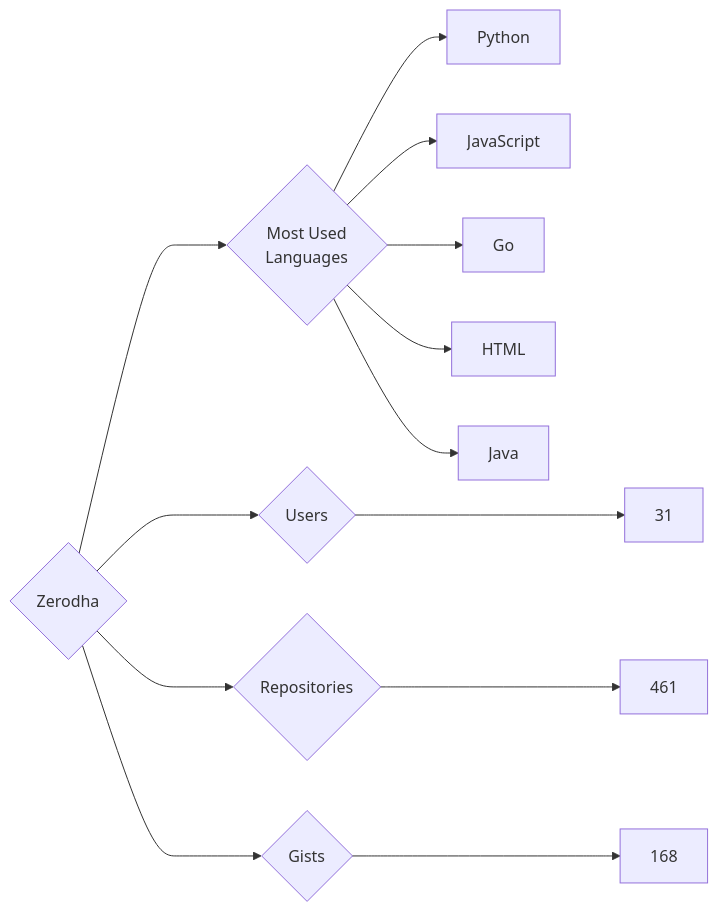
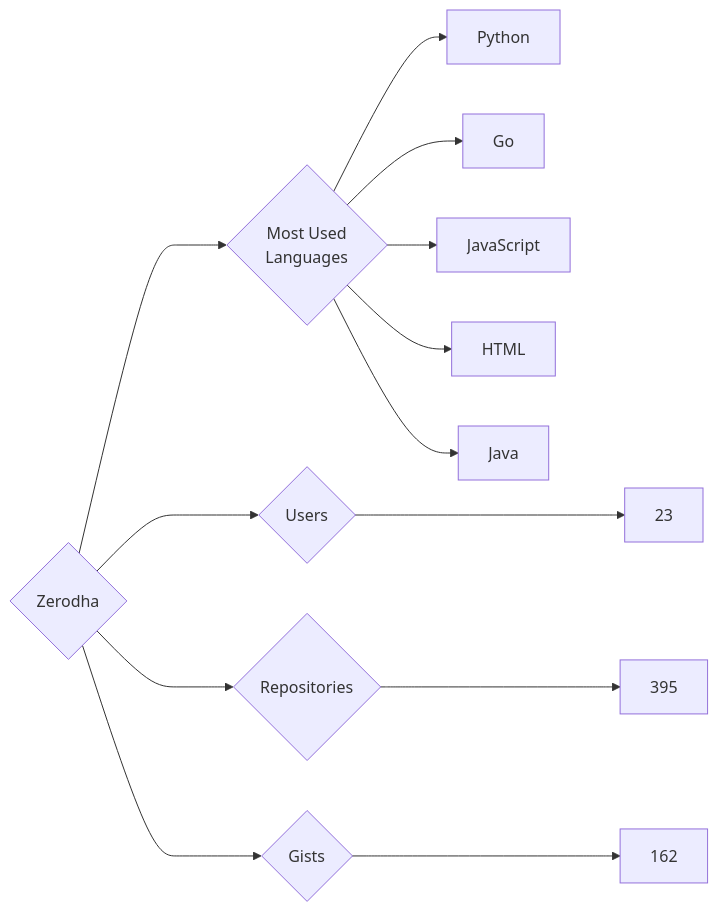
The diagram in targets/Zerodha/README.md (trickest/insiders), drawn with Mermaid before and after one commit. The commit also changed 995 other files, not shown here.

````diff
--- a/targets/Zerodha/README.md
+++ b/targets/Zerodha/README.md
@@ -3,13 +3,13 @@
 ```mermaid
 graph LR
 COMPANY_NAME{Zerodha}
-COMPANY_NAME ---> U{Users} ---> UN[31]
-COMPANY_NAME ---> R{Repositories} ---> RN[461]
-COMPANY_NAME ---> G{Gists} ---> GN[168]
+COMPANY_NAME ---> U{Users} ---> UN[23]
+COMPANY_NAME ---> R{Repositories} ---> RN[395]
+COMPANY_NAME ---> G{Gists} ---> GN[162]
 COMPANY_NAME ---> ML{Most Used<br>Languages}
 ML --> Python[Python]
+ML --> Go[Go]
 ML --> JavaScript[JavaScript]
-ML --> Go[Go]
 ML --> HTML[HTML]
 ML --> Java[Java]
 ```
````
